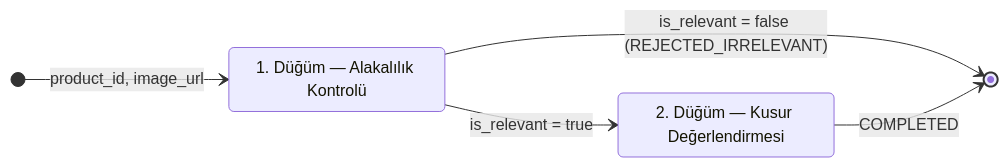
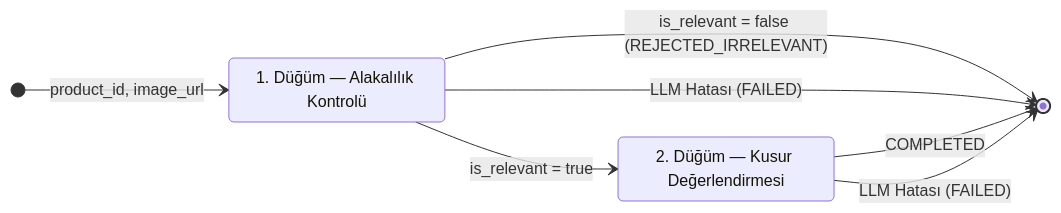
Before and after one commit to doukansurel/use-case-backend: the second of 3 diagrams in docs/TEKNIK_DOKUMAN.md, drawn with Mermaid. The commit also changed other lines of this file and 19 other files, not shown here.

Commit message:
fix(qc-pipeline): remove fallback, add retry & FAILED status, audit metadata, and cv roadmap

````diff
--- a/docs/TEKNIK_DOKUMAN.md
+++ b/docs/TEKNIK_DOKUMAN.md
@@ -40,11 +40,13 @@
 ```mermaid
 stateDiagram-v2
     direction LR
     [*] --> check_relevance : product_id, image_url
     check_relevance --> evaluate_defect : is_relevant = true
     check_relevance --> [*] : is_relevant = false (REJECTED_IRRELEVANT)
+    check_relevance --> [*] : LLM Hatası (FAILED)
     evaluate_defect --> [*] : COMPLETED
+    evaluate_defect --> [*] : LLM Hatası (FAILED)
 
     check_relevance : 1. Düğüm — Alakalılık Kontrolü
     evaluate_defect : 2. Düğüm — Kusur Değerlendirmesi
 ```
````
